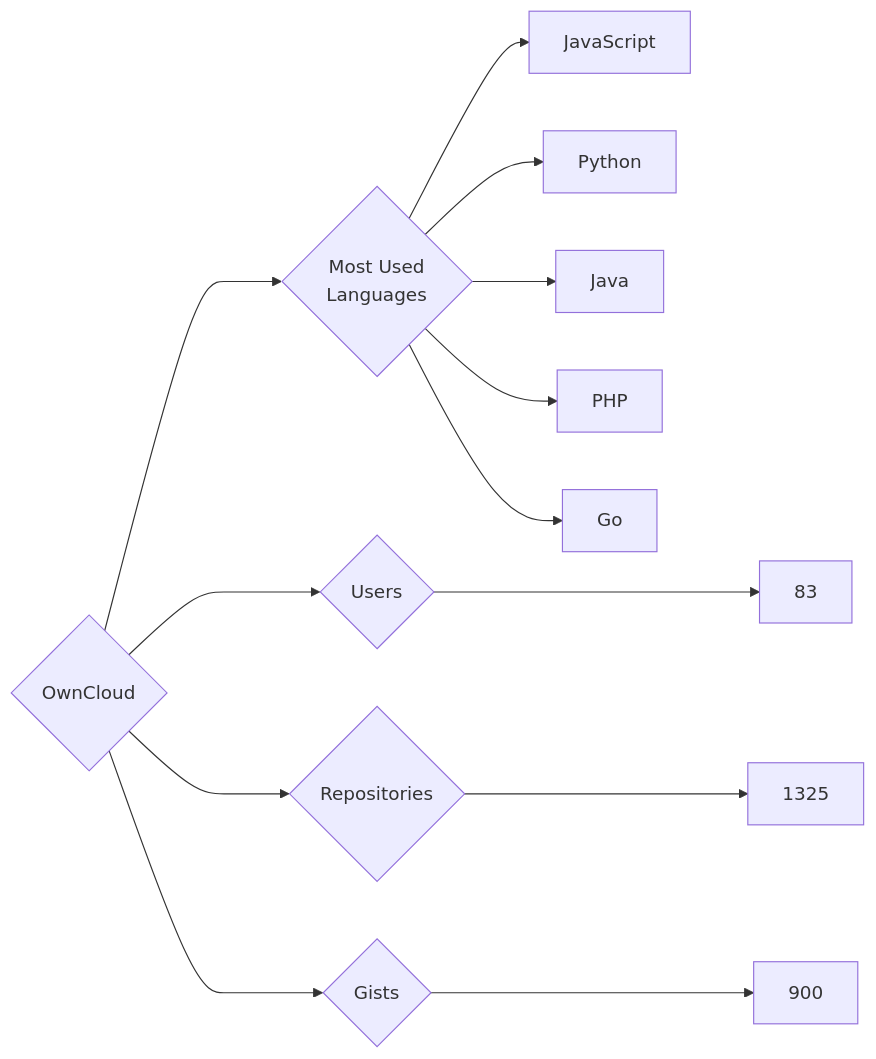
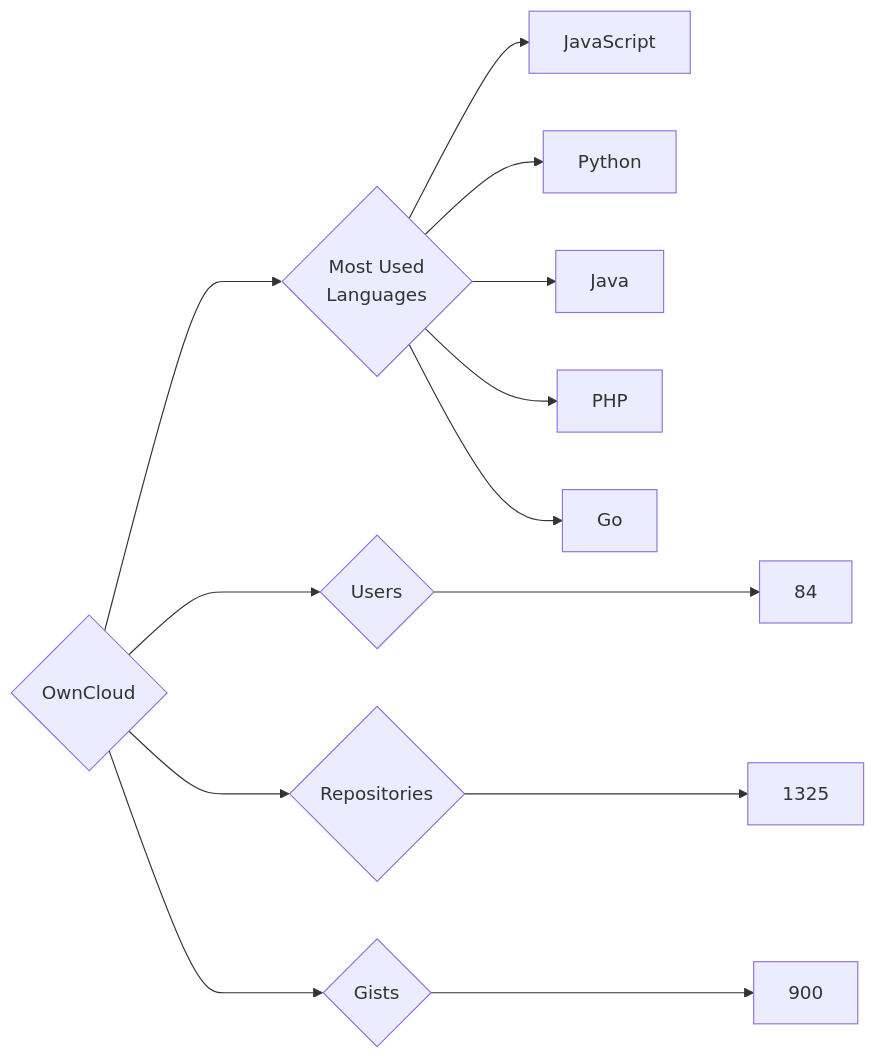
One commit to trickest/insiders changed the diagram in targets/OwnCloud/README.md. Above: the diagram before and after it, drawn with Mermaid. The commit also changed 787 other files, not shown here.

````diff
--- a/targets/OwnCloud/README.md
+++ b/targets/OwnCloud/README.md
@@ -3,13 +3,13 @@
 ```mermaid
 graph LR
 COMPANY_NAME{OwnCloud}
-COMPANY_NAME ---> U{Users} ---> UN[83]
+COMPANY_NAME ---> U{Users} ---> UN[84]
 COMPANY_NAME ---> R{Repositories} ---> RN[1325]
 COMPANY_NAME ---> G{Gists} ---> GN[900]
 COMPANY_NAME ---> ML{Most Used<br>Languages}
 ML --> JavaScript[JavaScript]
 ML --> Python[Python]
 ML --> Java[Java]
 ML --> PHP[PHP]
 ML --> Go[Go]
 ```
````
